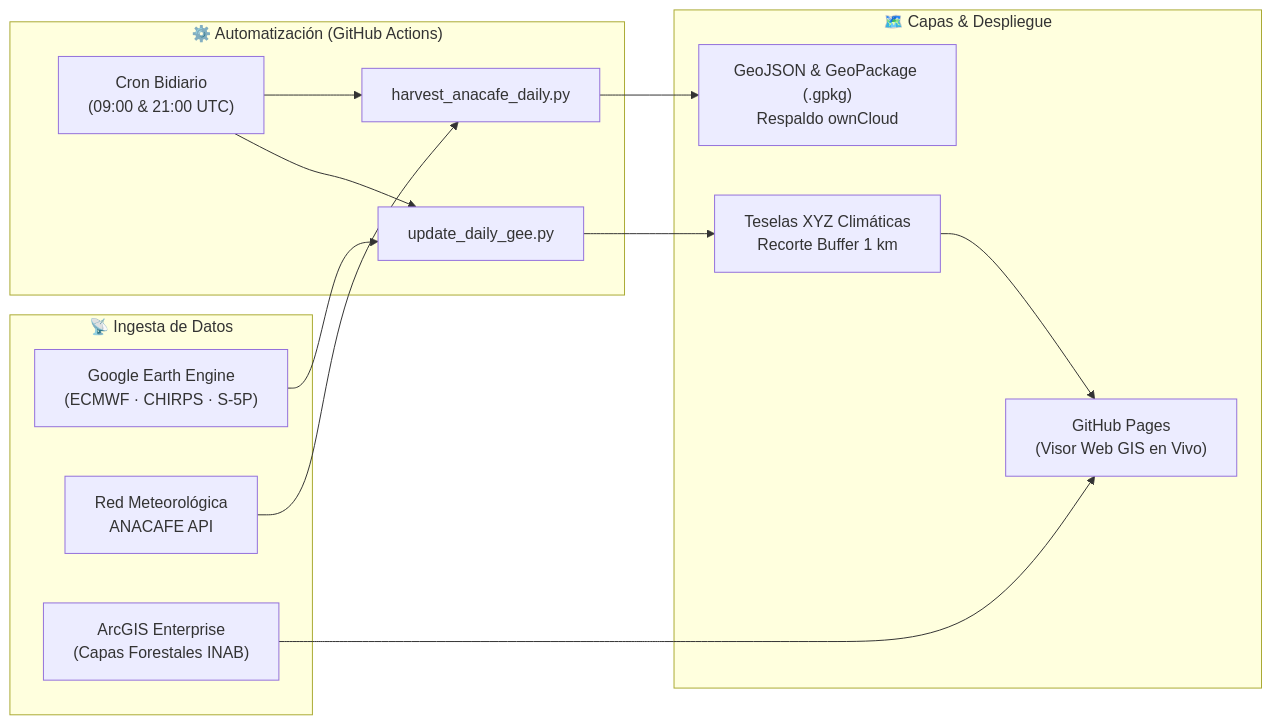
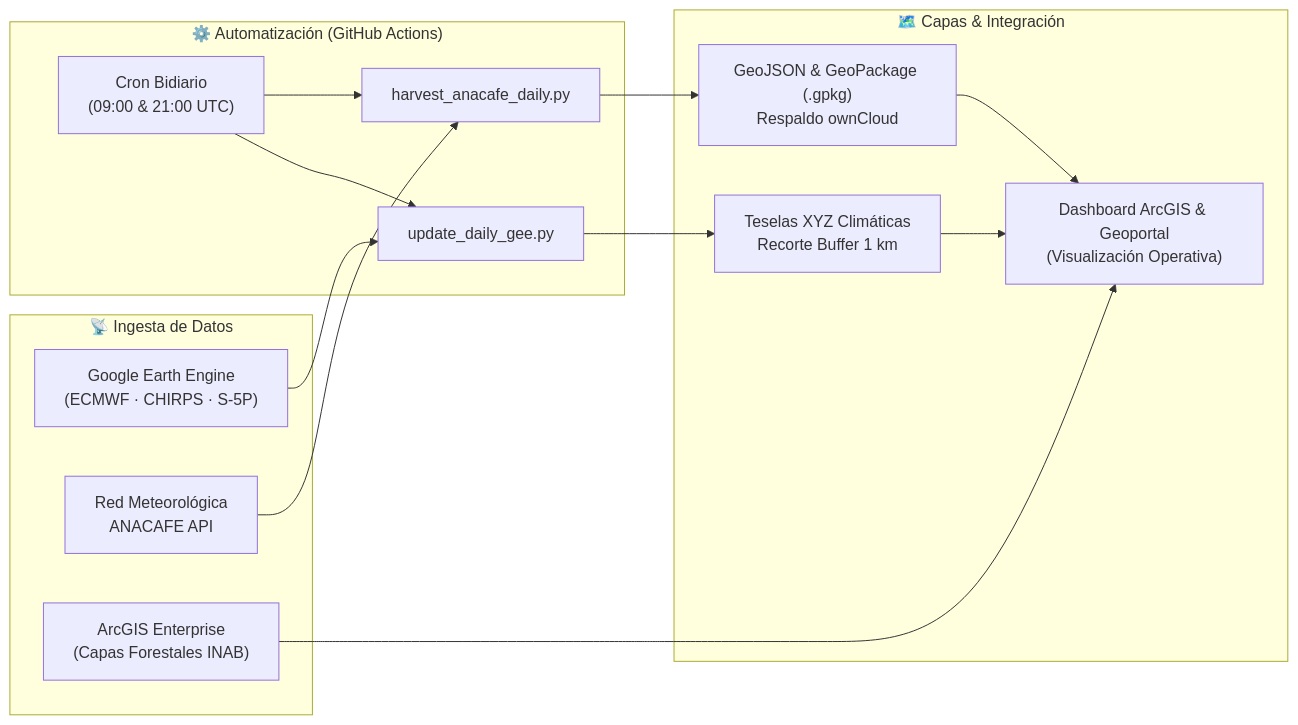
The diagram in README.md (sig-inab/Monitoreo_climatico_Forestal), drawn with Mermaid before and after one commit. The commit also changed other lines of this file and 8 other files, not shown here.

````diff
--- a/README.md
+++ b/README.md
@@ -144,29 +140,30 @@
 ```mermaid
 flowchart LR
     subgraph Fuentes["📡 Ingesta de Datos"]
         GEE["Google Earth Engine<br/>(ECMWF · CHIRPS · S-5P)"]
         ANA["Red Meteorológica<br/>ANACAFE API"]
         ARC["ArcGIS Enterprise<br/>(Capas Forestales INAB)"]
     end
 
     subgraph CI["⚙️ Automatización (GitHub Actions)"]
         Cron["Cron Bidiario<br/>(09:00 & 21:00 UTC)"]
         PyGEE["update_daily_gee.py"]
         PyHarvest["harvest_anacafe_daily.py"]
     end
 
-    subgraph Salida["🗺️ Capas & Despliegue"]
+    subgraph Salida["🗺️ Capas & Integración"]
         Tiles["Teselas XYZ Climáticas<br/>Recorte Buffer 1 km"]
         Vect["GeoJSON & GeoPackage (.gpkg)<br/>Respaldo ownCloud"]
-        Pages["GitHub Pages<br/>(Visor Web GIS en Vivo)"]
+        ArcGIS["Dashboard ArcGIS & Geoportal<br/>(Visualización Operativa)"]
     end
 
     Cron --> PyGEE
     Cron --> PyHarvest
     GEE --> PyGEE
     ANA --> PyHarvest
-    ARC --> Pages
+    ARC --> ArcGIS
     PyGEE --> Tiles
     PyHarvest --> Vect
-    Tiles --> Pages
+    Tiles --> ArcGIS
+    Vect --> ArcGIS
 ```
````
